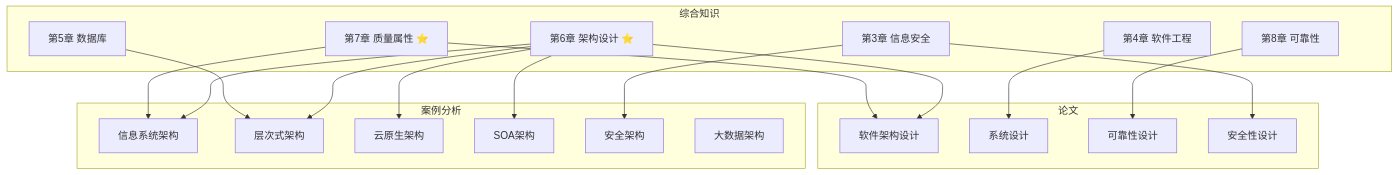
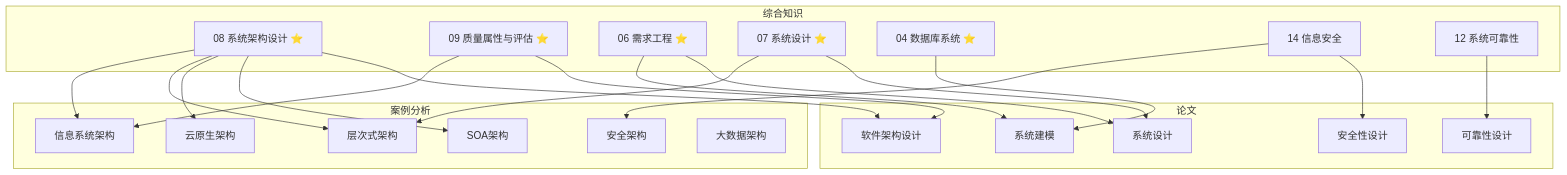
One commit to wanlinruo/system-architect-exam-prep changed the ninth of 9 diagrams in 01-综合知识/00-综合知识全景图.md. Above: the diagram before and after it, drawn with Mermaid. The commit also changed other lines of this file and 2 other files, not shown here.

First line of the commit message:
docs(A3): 更新综合知识全景图，对齐红宝书16文件结构

````diff
--- a/01-综合知识/00-综合知识全景图.md
+++ b/01-综合知识/00-综合知识全景图.md
@@ -263,40 +277,45 @@
 ```mermaid
 graph TD
-    subgraph 综合知识
-        CH6[第6章 架构设计 ⭐]
-        CH7[第7章 质量属性 ⭐]
-        CH3[第3章 信息安全]
-        CH4[第4章 软件工程]
-        CH5[第5章 数据库]
-        CH8[第8章 可靠性]
+    subgraph "综合知识"
+        CH08[08 系统架构设计 ⭐]
+        CH09[09 质量属性与评估 ⭐]
+        CH06[06 需求工程 ⭐]
+        CH07[07 系统设计 ⭐]
+        CH04[04 数据库系统 ⭐]
+        CH14[14 信息安全]
+        CH12[12 系统可靠性]
     end
 
-    subgraph 案例分析
+    subgraph "案例分析"
         CA2[信息系统架构]
         CA3[层次式架构]
         CA4[云原生架构]
         CA5[SOA架构]
         CA8[安全架构]
         CA9[大数据架构]
     end
 
-    subgraph 论文
+    subgraph "论文"
+        TH1[系统建模]
         TH2[软件架构设计]
         TH3[系统设计]
         TH4[可靠性设计]
         TH5[安全性设计]
     end
 
-    CH6 --> CA2
-    CH6 --> CA3
-    CH6 --> CA4
-    CH6 --> CA5
-    CH6 --> TH2
-    CH7 --> CA2
-    CH7 --> TH2
-    CH3 --> CA8
-    CH3 --> TH5
-    CH4 --> TH3
-    CH5 --> CA3
-    CH8 --> TH4
+    CH08 --> CA2
+    CH08 --> CA3
+    CH08 --> CA4
+    CH08 --> CA5
+    CH08 --> TH2
+    CH09 --> CA2
+    CH09 --> TH2
+    CH06 --> TH1
+    CH06 --> TH3
+    CH07 --> CA3
+    CH07 --> TH3
+    CH04 --> TH1
+    CH14 --> CA8
+    CH14 --> TH5
+    CH12 --> TH4
 ```
````
